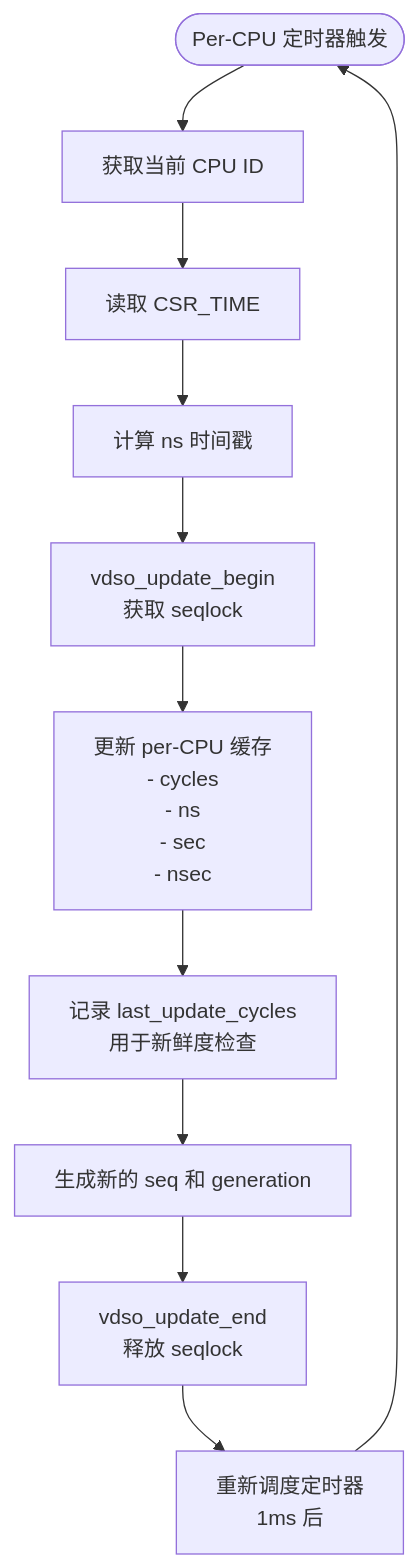
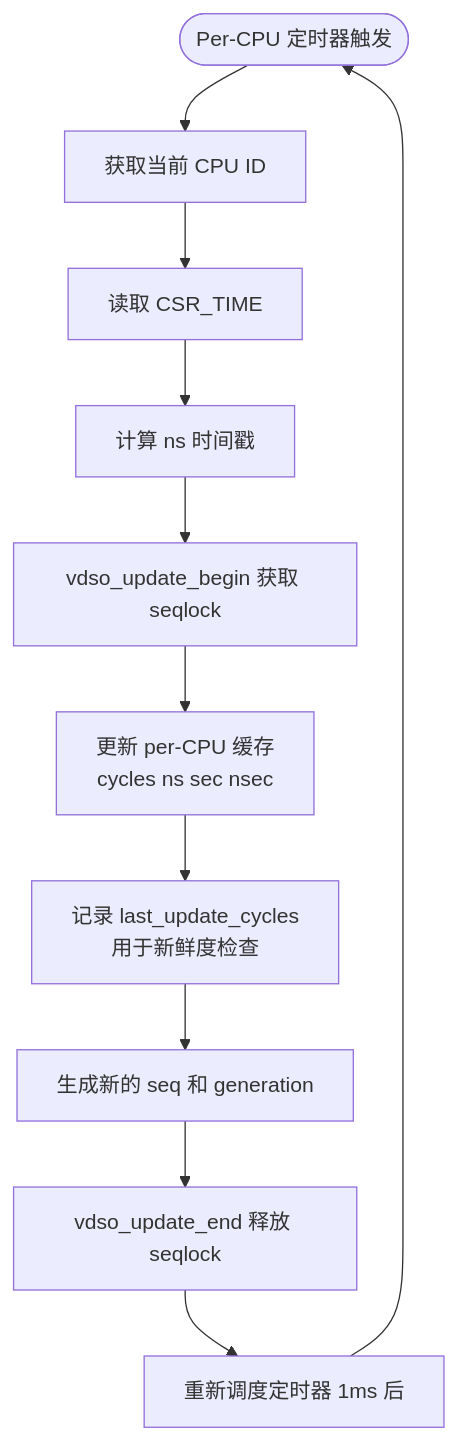
Before and after one commit to zcxGGmu/linux-riscv-docs: the fourth of 8 diagrams in kernel/vdso/res/cc-glm/use-subagents/RISC-V_vDSO_时间戳缓存优化方案_完整版.md, drawn with Mermaid. The commit also changed other lines of this file, not shown here.

First line of the commit message:
docs: fix Mermaid diagrams for GitHub compatibility

````diff
--- a/kernel/vdso/res/cc-glm/use-subagents/RISC-V_vDSO_时间戳缓存优化方案_完整版.md
+++ b/kernel/vdso/res/cc-glm/use-subagents/RISC-V_vDSO_时间戳缓存优化方案_完整版.md
@@ -549,13 +549,13 @@
 ```mermaid
 flowchart TD
     Start([Per-CPU 定时器触发]) --> GetCPU[获取当前 CPU ID]
     GetCPU --> ReadTime[读取 CSR_TIME]
     ReadTime --> CalcNS[计算 ns 时间戳]
-    CalcNS --> BeginLock[vdso_update_begin<br/>获取 seqlock]
-    BeginLock --> UpdateCache[更新 per-CPU 缓存<br/>- cycles<br/>- ns<br/>- sec<br/>- nsec]
+    CalcNS --> BeginLock[vdso_update_begin 获取 seqlock]
+    BeginLock --> UpdateCache[更新 per-CPU 缓存<br/>cycles ns sec nsec]
     UpdateCache --> UpdateCycle[记录 last_update_cycles<br/>用于新鲜度检查]
     UpdateCycle --> GenSeq[生成新的 seq 和 generation]
-    GenSeq --> EndLock[vdso_update_end<br/>释放 seqlock]
-    EndLock --> Reschedule[重新调度定时器<br/>1ms 后]
+    GenSeq --> EndLock[vdso_update_end 释放 seqlock]
+    EndLock --> Reschedule[重新调度定时器 1ms 后]
     Reschedule --> Start
 ```
````
